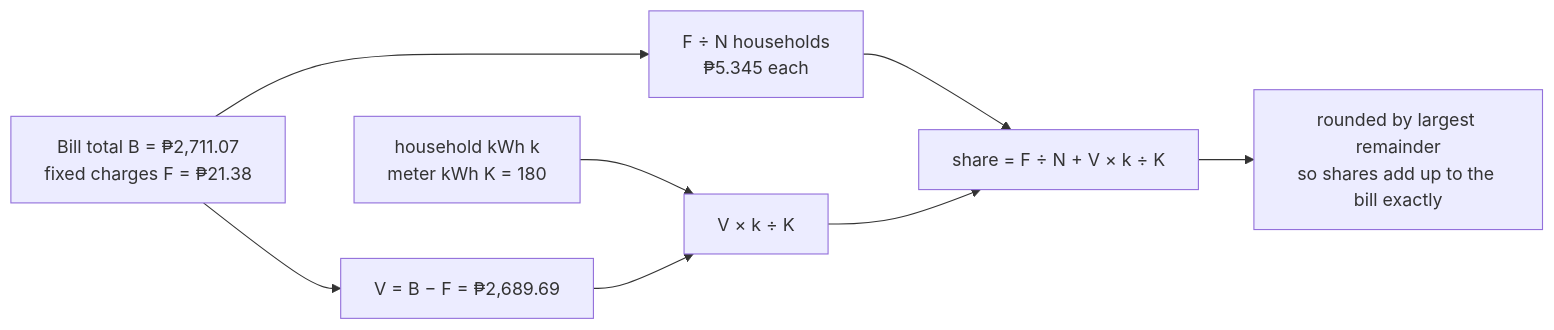
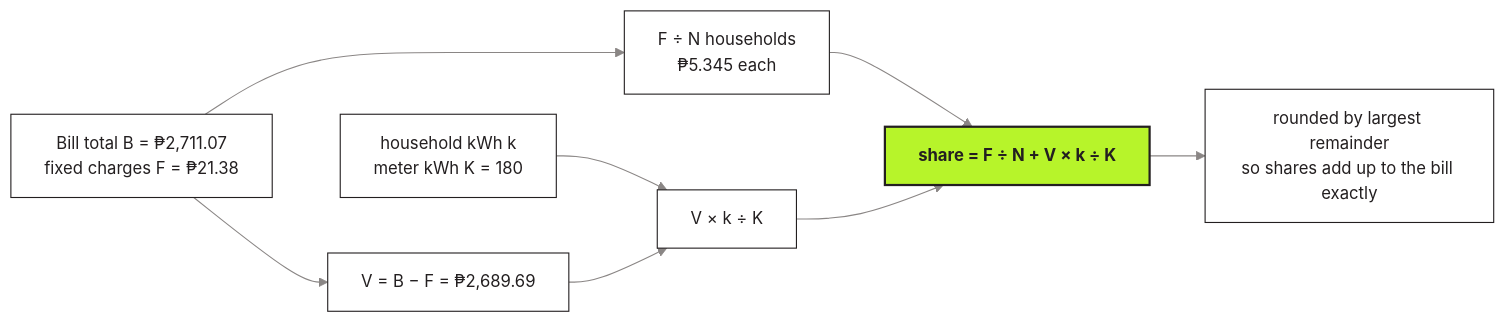
Before and after one commit to msmeralco/TeamNewYorkStylePizza: the fourth of 8 diagrams in README.md, drawn with Mermaid. The commit also changed other lines of this file and 1 other file, not shown here.

Commit message:
README diagrams in Kahati branding: white nodes, dark grey text, one lime key node, Inter Tight

````diff
--- a/README.md
+++ b/README.md
@@ -95,10 +104,13 @@
 ```mermaid
+%%{init: {'theme': 'base', 'themeVariables': {'fontFamily': 'Inter Tight, Inter, Segoe UI, Arial', 'fontSize': '15px', 'primaryColor': '#FFFFFF', 'primaryTextColor': '#231F20', 'primaryBorderColor': '#231F20', 'secondaryColor': '#F5F4F1', 'tertiaryColor': '#F5F4F1', 'lineColor': '#8A8685', 'textColor': '#231F20', 'clusterBkg': '#F5F4F1', 'clusterBorder': '#BDBAB8', 'edgeLabelBackground': '#F5F4F1', 'actorBkg': '#FFFFFF', 'actorBorder': '#231F20', 'actorTextColor': '#231F20', 'actorLineColor': '#8A8685', 'signalColor': '#5C5859', 'signalTextColor': '#231F20', 'noteBkgColor': '#B7F42A', 'noteTextColor': '#231F20', 'noteBorderColor': '#7A9F1B', 'labelBoxBkgColor': '#F5F4F1', 'labelBoxBorderColor': '#BDBAB8', 'loopTextColor': '#231F20'}}}%%
 flowchart LR
     B["Bill total B = ₱2,711.07<br/>fixed charges F = ₱21.38"] --> F["F ÷ N households<br/>₱5.345 each"]
     B --> V["V = B − F = ₱2,689.69"]
     K["household kWh k<br/>meter kWh K = 180"] --> X["V × k ÷ K"]
     V --> X
     F --> SUM["share = F ÷ N + V × k ÷ K"]
     X --> SUM
     SUM --> LR["rounded by largest remainder<br/>so shares add up to the bill exactly"]
+    classDef key fill:#B7F42A,stroke:#231F20,stroke-width:2px,color:#231F20,font-weight:bold
+    class SUM key
 ```
````
